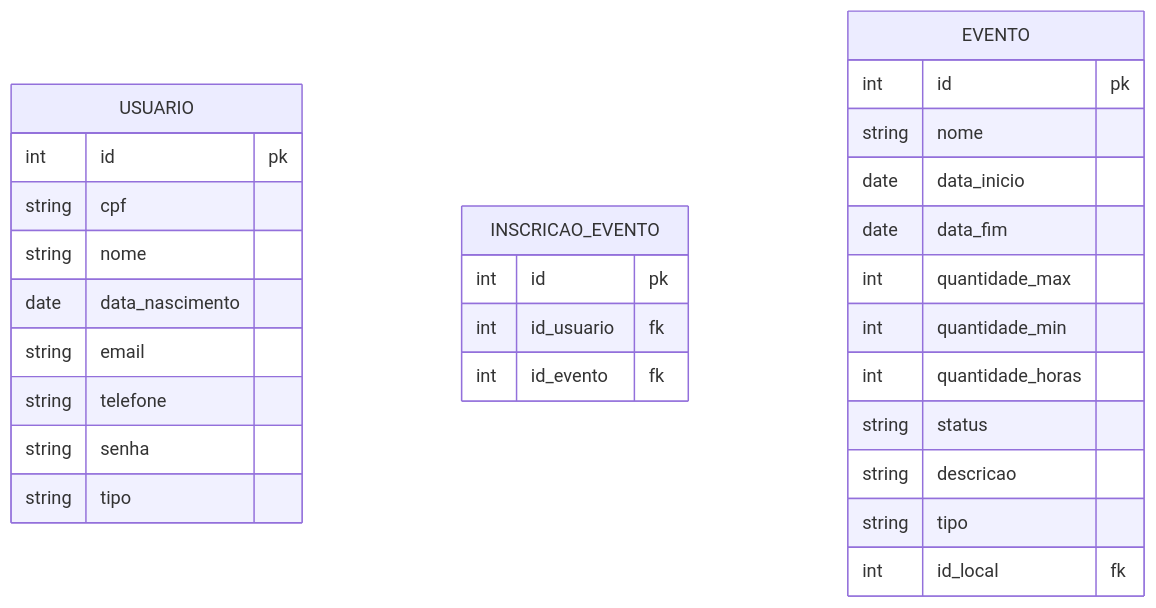
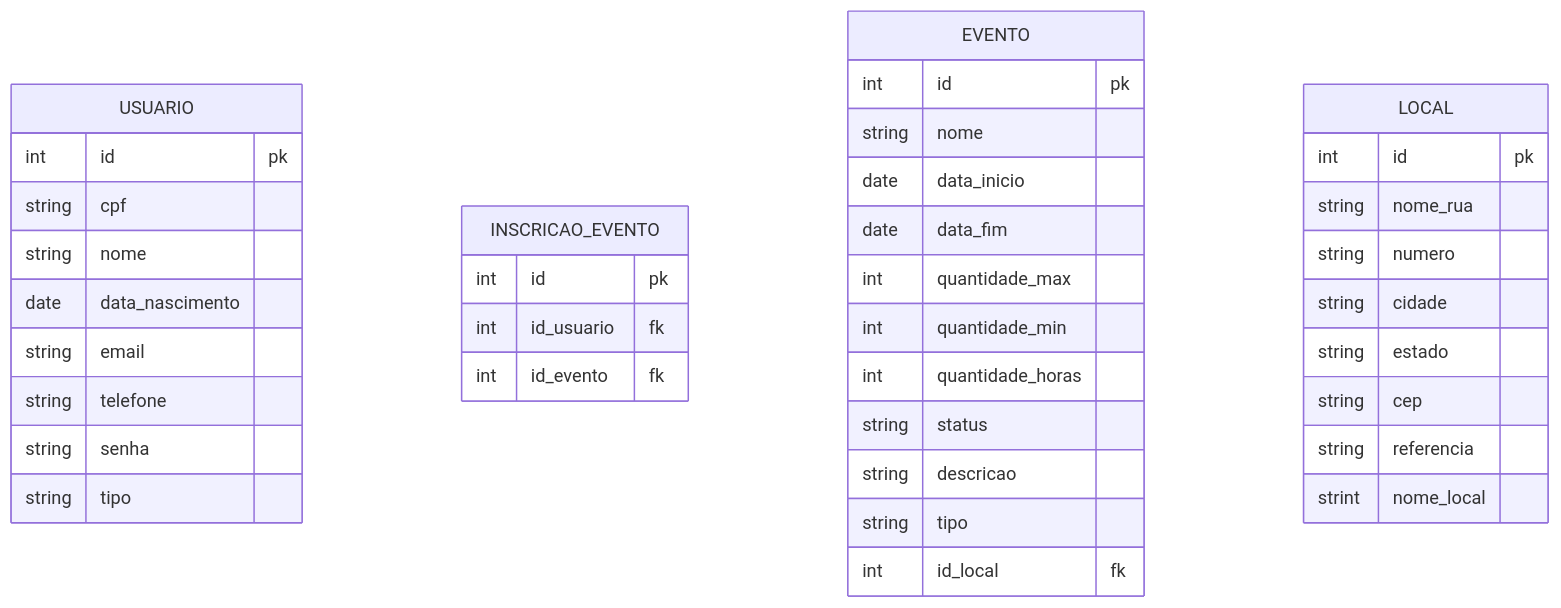
One commit to tallysdev/eventSync changed the diagram in docs/doc-visao.md. Above: the diagram before and after it, drawn with Mermaid.

Commit message:
docs: add "LOCAL" no modelo ER #32

````diff
--- a/docs/doc-visao.md
+++ b/docs/doc-visao.md
@@ -115,34 +115,46 @@
 ```mermaid
 erDiagram
     USUARIO {
         int id pk
         string cpf
         string nome
         date data_nascimento
         string email
         string telefone
         string senha
         string tipo
     }
 
     INSCRICAO_EVENTO {
         int id pk
         int id_usuario fk
         int id_evento fk
     }
 
     EVENTO {
         int id pk
         string nome
         date data_inicio
         date data_fim
         int quantidade_max
         int quantidade_min
         int quantidade_horas
         string status
         string descricao
         string tipo
         int id_local fk
     }
 
+    LOCAL {
+        int id pk
+        string nome_rua
+        string numero
+        string cidade
+        string estado
+        string cep
+        string referencia
+        strint nome_local
+
+    }
+
 ```
````
